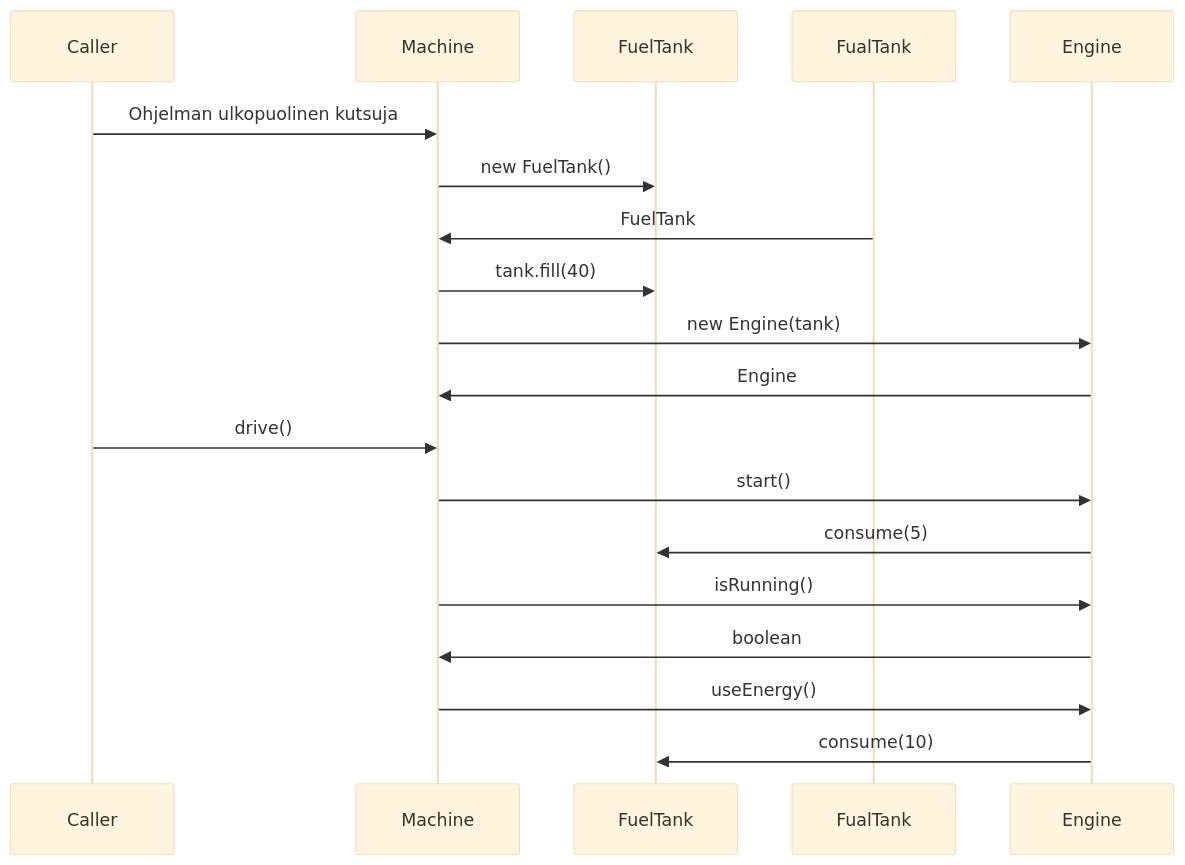
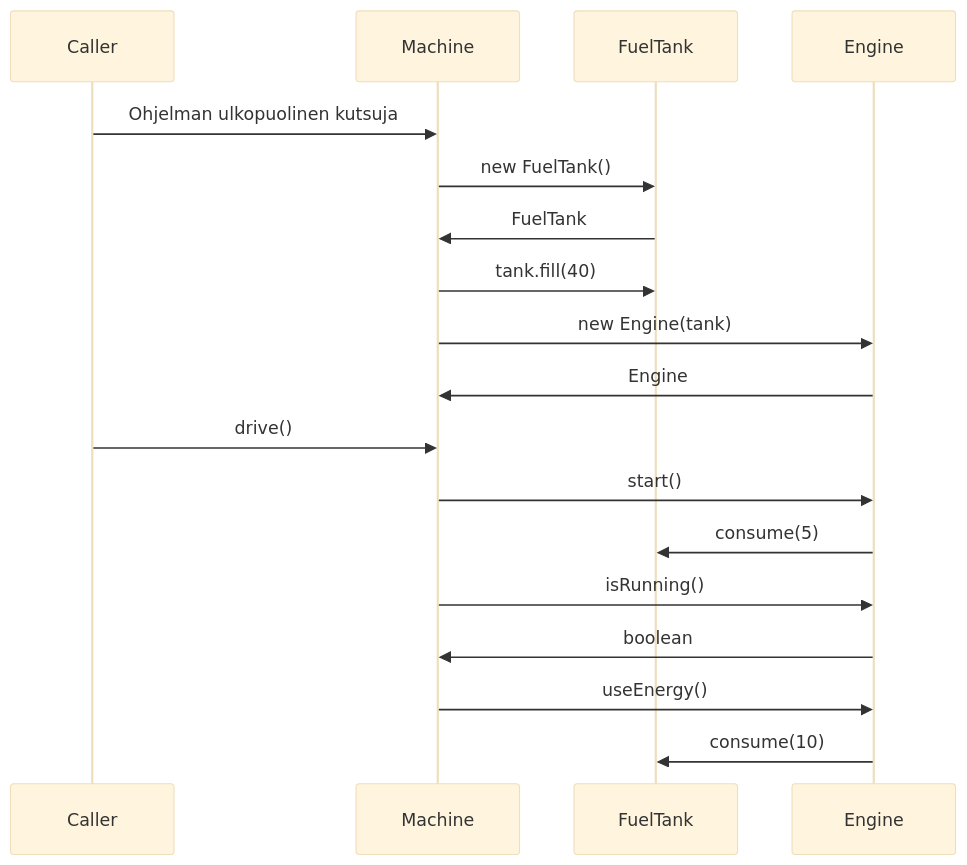
One commit to Zatyri/OhTu changed the second of 3 diagrams in laskarit/viikko3/monopolyClassDiagram.md. Above: the diagram before and after it, drawn with Mermaid (base theme).

Commit message:
updated sequence diagram

````diff
--- a/laskarit/viikko3/monopolyClassDiagram.md
+++ b/laskarit/viikko3/monopolyClassDiagram.md
@@ -50,16 +50,16 @@
 ```mermaid
 sequenceDiagram
 	Caller->>Machine: Ohjelman ulkopuolinen kutsuja
 	Machine->>FuelTank: new FuelTank()
-	FualTank->>Machine: FuelTank
+	FuelTank->>Machine: FuelTank
 	Machine->>FuelTank: tank.fill(40)
 	Machine->>Engine: new Engine(tank)
 	Engine->>Machine: Engine
 	Caller->>Machine: drive()
 	Machine->>Engine: start()
 	Engine->>FuelTank: consume(5)
 	Machine->> Engine: isRunning()
 	Engine->> Machine: boolean
 	Machine->>Engine: useEnergy()
 	Engine->>FuelTank: consume(10)
 ```
````
